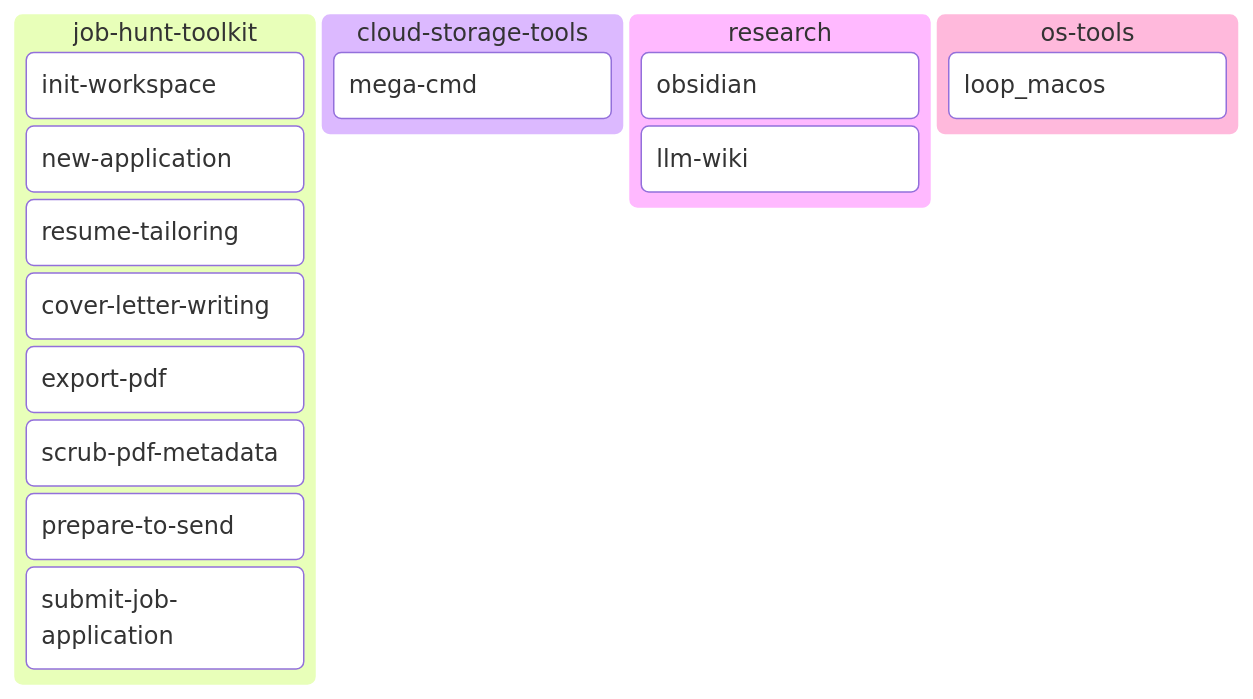
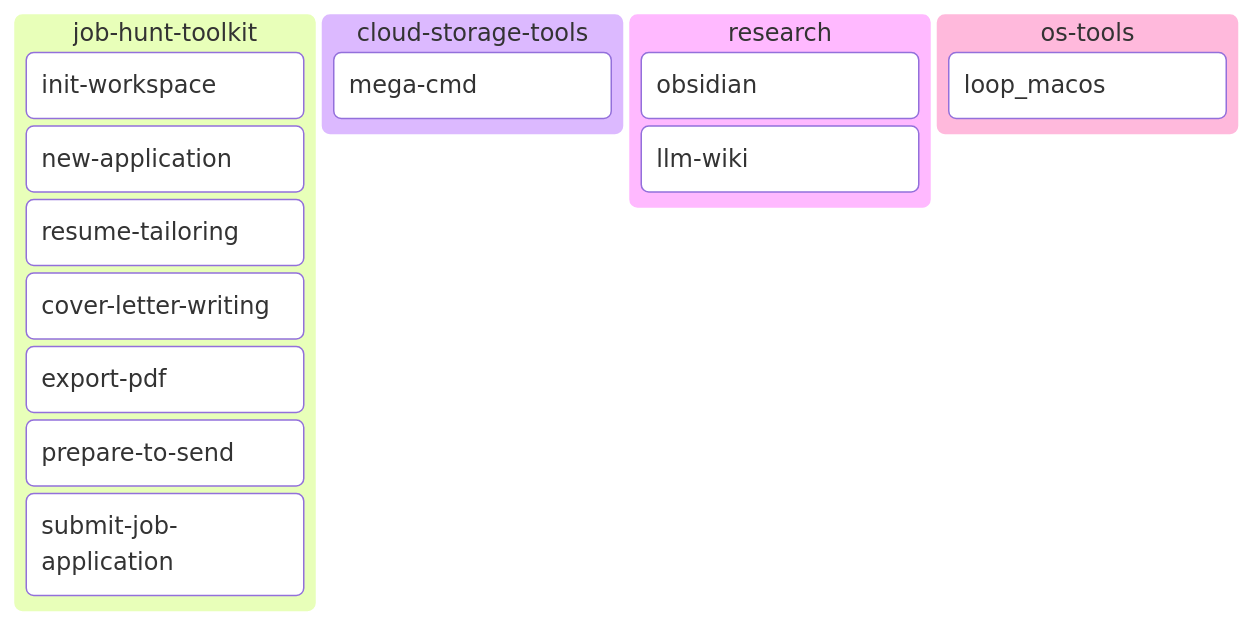
Before and after one commit to Alex-Kopylov/zweihander: the first of 4 diagrams in README.md, drawn with Mermaid. The commit also changed other lines of this file and 20 other files, not shown here.

````diff
--- a/README.md
+++ b/README.md
@@ -31,19 +31,18 @@
 ```mermaid
 kanban
   job_hunt_toolkit[job-hunt-toolkit]
     jht_init_workspace[init-workspace]
     jht_new_application[new-application]
     jht_resume_tailoring[resume-tailoring]
     jht_cover_letter_writing[cover-letter-writing]
     jht_export_pdf[export-pdf]
-    jht_scrub_pdf_metadata[scrub-pdf-metadata]
     jht_prepare_to_send[prepare-to-send]
     jht_submit_job_application[submit-job-application]
   cloud_storage_tools[cloud-storage-tools]
     cst_mega_cmd[mega-cmd]
   research[research]
     research_obsidian[obsidian]
     research_llm_wiki[llm-wiki]
   os_tools[os-tools]
     os_loop_macos[loop_macos]
 ```
````
